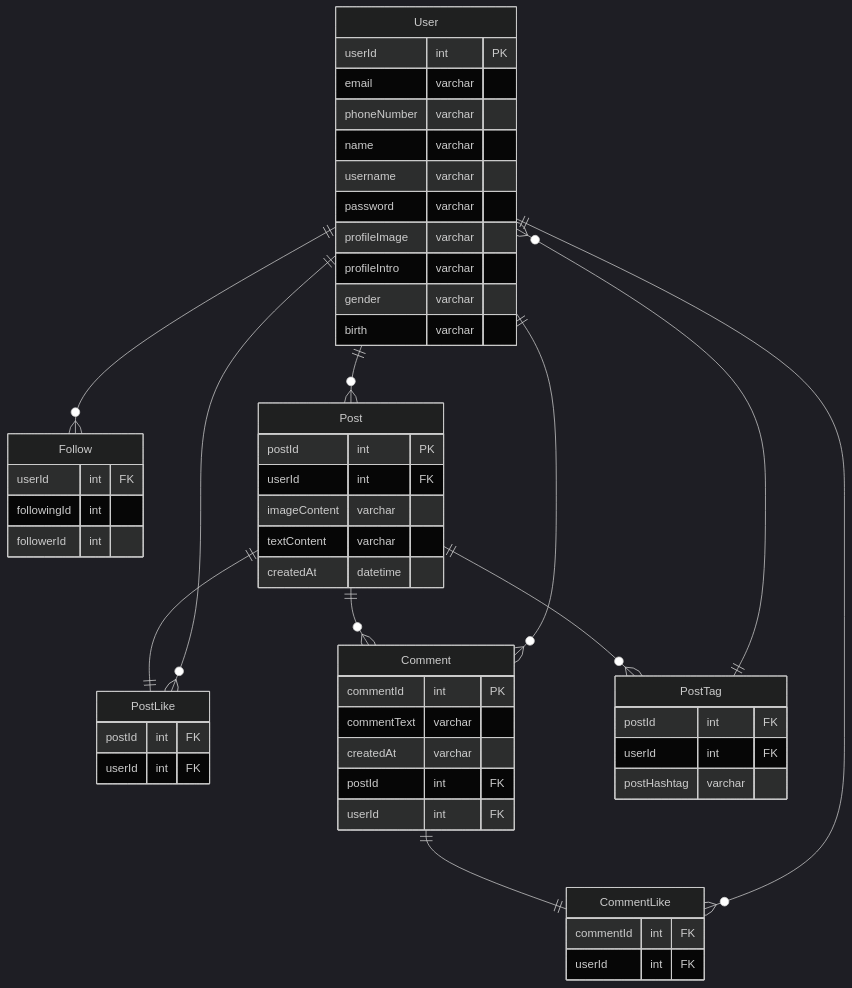
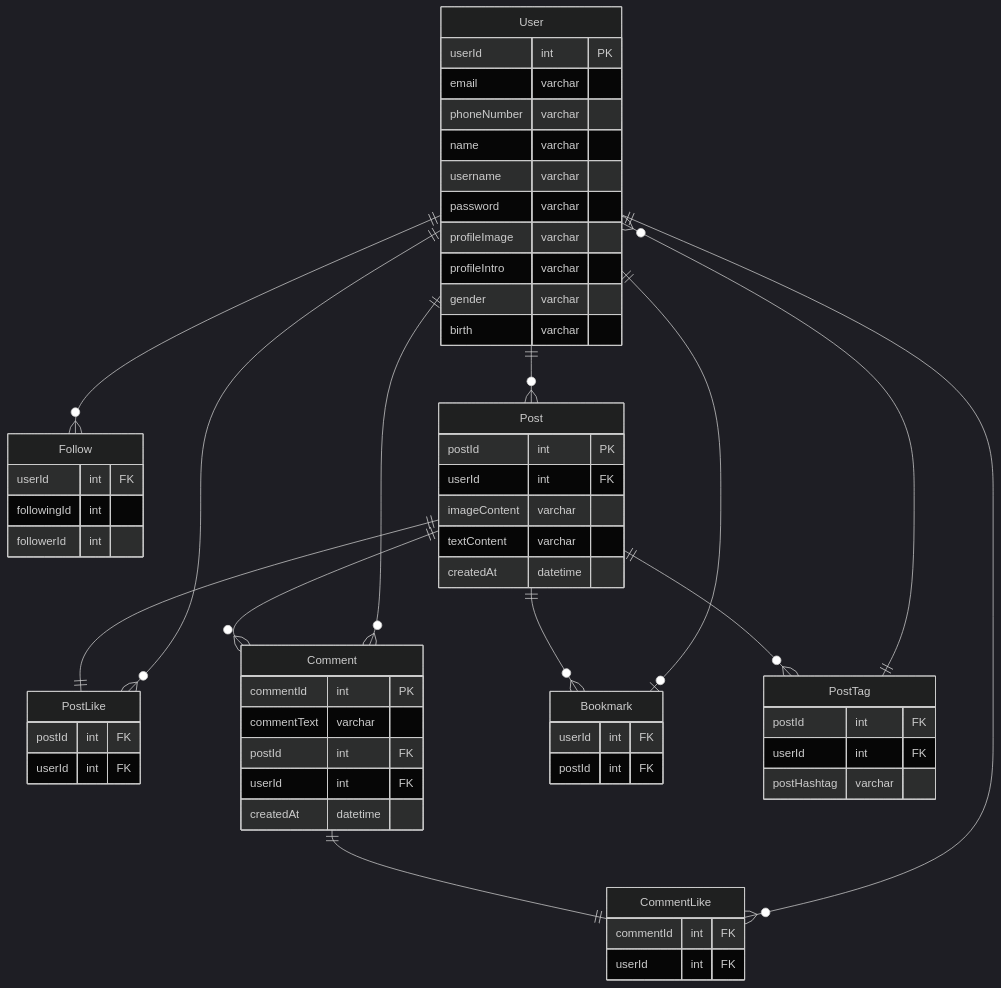
The diagram in README.md (DongGuk-Seo/Insta_clone), drawn with Mermaid (dark theme) before and after one commit.

Commit message:
add Bookmark

````diff
--- a/README.md
+++ b/README.md
@@ -4,62 +4,69 @@
 ```mermaid
 erDiagram
     User ||--o{ Follow : ""
     User ||--o{ Post : ""
     User ||--o{ PostLike : ""
     User ||--o{ Comment : ""
     User ||--o{ CommentLike : ""
+    User ||--o| Bookmark : ""
     User }o--|| PostTag : ""
     User {
         userId int PK
         email varchar
         phoneNumber varchar
         name varchar
         username varchar
         password varchar
         profileImage varchar
         profileIntro varchar
         gender varchar
         birth varchar
     }
 
+    Bookmark {
+        userId int FK
+        postId int FK
+    }
+
     Follow {
         userId int FK
         followingId int
         followerId int
     }
 
     Post ||--o{ Comment : ""
     Post ||--|| PostLike : ""
     Post ||--o{ PostTag : ""
+    Post ||--o{ Bookmark : ""
     Post {
         postId int PK
         userId int FK
         imageContent varchar
         textContent varchar
         createdAt datetime
     }
 
     PostLike {
         postId int FK
         userId int FK
     }
     
     PostTag {
         postId int FK
         userId int FK
         postHashtag varchar
     }
     Comment ||--|| CommentLike : ""
     Comment {
         commentId int PK
         commentText varchar
-        createdAt varchar
         postId int FK
         userId int FK
+        createdAt datetime
     }
 
     CommentLike {
         commentId int FK
         userId int FK
     }
 ```
````
